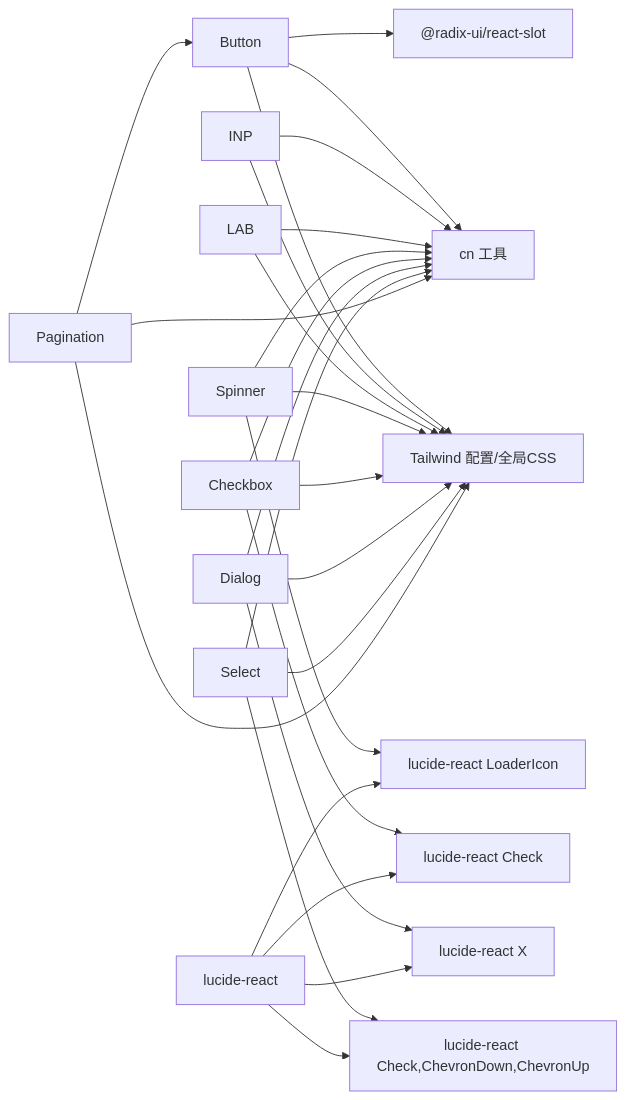
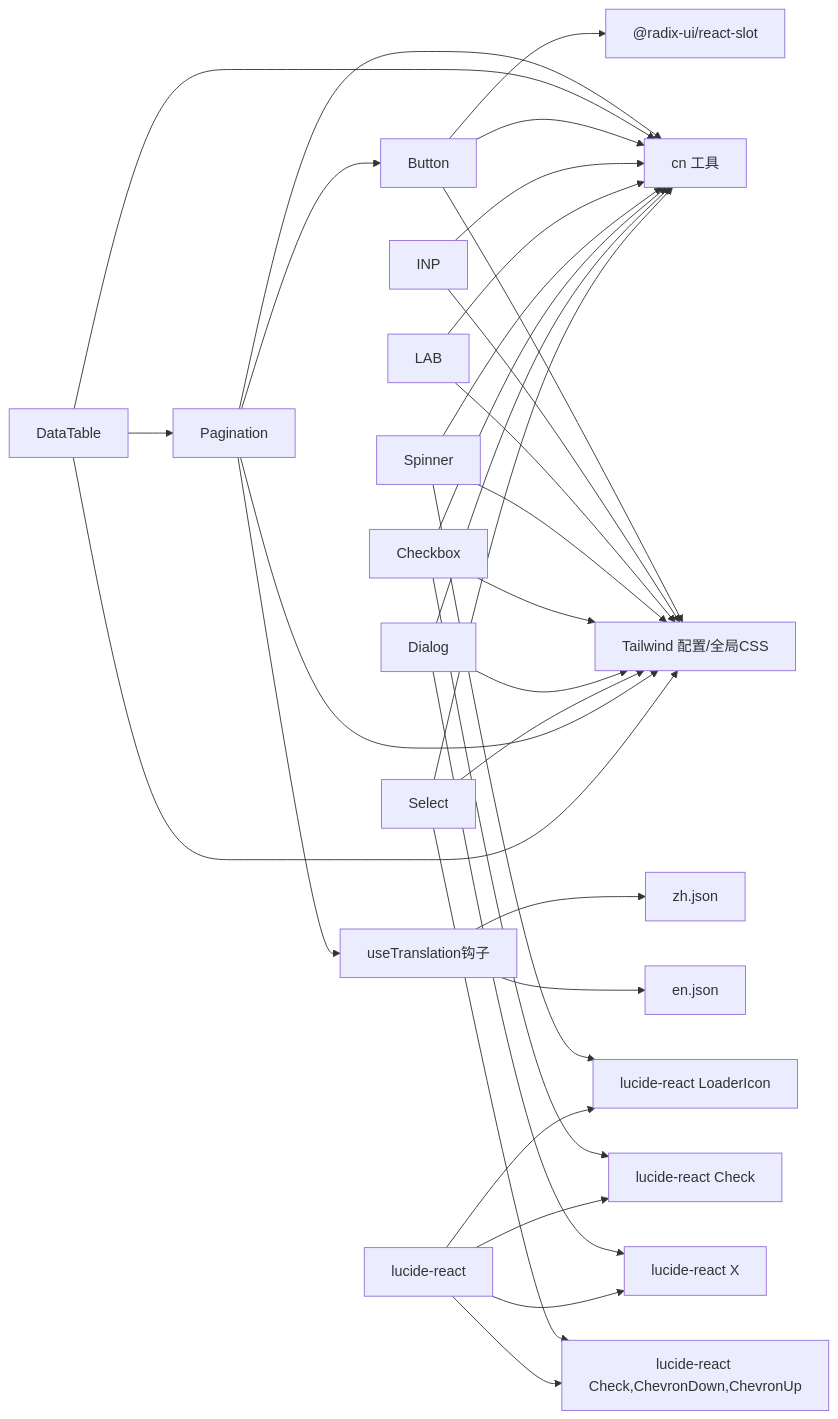
Before and after one commit to RadiumAg/AIGate: the seventh of 7 diagrams in .qoder/repowiki/zh/content/bac38ca8-c468-473f-916b-5ad8be607917/基础组件.md, drawn with Mermaid. The commit also changed other lines of this file and 4 other files, not shown here.

````diff
--- a/.qoder/repowiki/zh/content/bac38ca8-c468-473f-916b-5ad8be607917/基础组件.md
+++ b/.qoder/repowiki/zh/content/bac38ca8-c468-473f-916b-5ad8be607917/基础组件.md
@@ -498,29 +635,35 @@
 ```mermaid
 graph LR
 BTN["Button"] --> SLOT["@radix-ui/react-slot"]
 SPN["Spinner"] --> ICON["lucide-react LoaderIcon"]
 CHK["Checkbox"] --> ICON2["lucide-react Check"]
 DLG["Dialog"] --> ICON3["lucide-react X"]
 SEL["Select"] --> ICON4["lucide-react Check,ChevronDown,ChevronUp"]
 PAG["Pagination"] --> BTN
-BTN --> CN["cn 工具"]
+PAG --> I18N["useTranslation钩子"]
+DT["DataTable"] --> PAG
+PAG --> CN["cn 工具"]
+DT --> CN
+BTN --> CN
 INP --> CN
 LAB --> CN
 SPN --> CN
 CHK --> CN
 DLG --> CN
 SEL --> CN
-PAG --> CN
 BTN --> THEME["Tailwind 配置/全局CSS"]
 INP --> THEME
 LAB --> THEME
 SPN --> THEME
 CHK --> THEME
 DLG --> THEME
 SEL --> THEME
 PAG --> THEME
+DT --> THEME
 LUCIDE["lucide-react"] --> ICON
 LUCIDE --> ICON2
 LUCIDE --> ICON3
 LUCIDE --> ICON4
+I18N --> ZH["zh.json"]
+I18N --> EN["en.json"]
 ```
````
